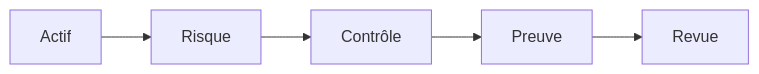
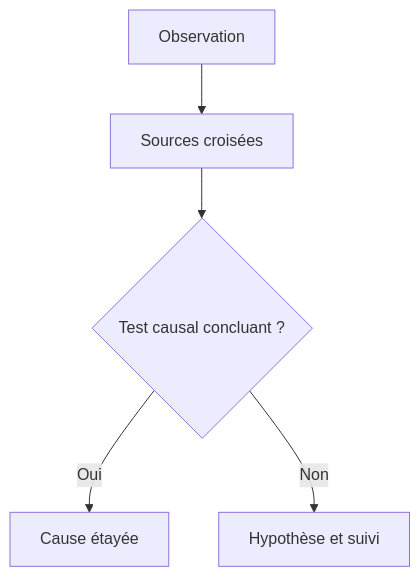
The third of 6 diagrams in content/lessons/maint-reporting-technique-intermediaire.md (biggyseven/Skill-Tree), drawn with Mermaid before and after one commit. The commit also changed other lines of this file, not shown here.

````diff
--- a/content/lessons/maint-reporting-technique-intermediaire.md
+++ b/content/lessons/maint-reporting-technique-intermediaire.md
@@ -65,4 +71,7 @@
 ```mermaid
-flowchart LR
-  A[Actif] --> B[Risque] --> C[Contrôle] --> D[Preuve] --> E[Revue]
+flowchart TD
+  A[Observation] --> B[Sources croisées]
+  B --> C{Test causal concluant ?}
+  C -->|Oui| D[Cause étayée]
+  C -->|Non| E[Hypothèse et suivi]
 ```
````
